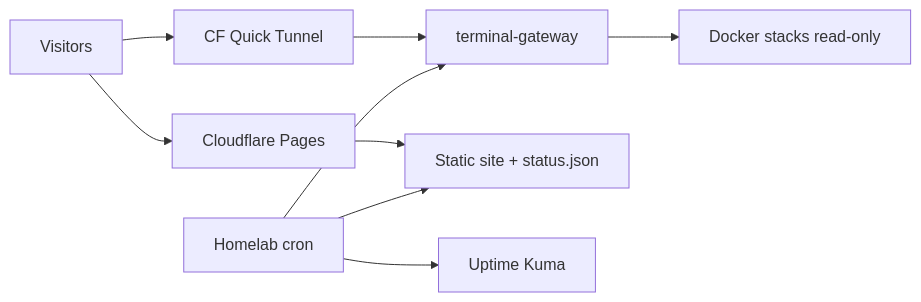
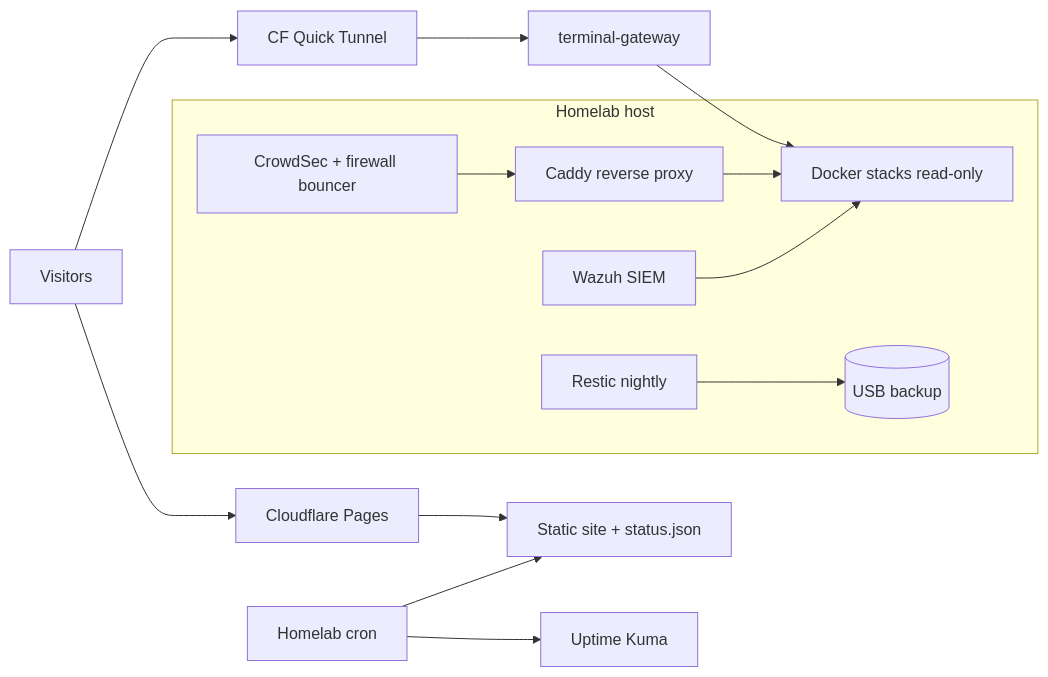
One commit to Chrismmaldonado/homelab-configs changed the diagram in README.md. Above: the diagram before and after it, drawn with Mermaid. The commit also changed other lines of this file and 19 other files, not shown here.

````diff
--- a/README.md
+++ b/README.md
@@ -22,11 +22,16 @@
 ```mermaid
 flowchart LR
   V[Visitors] --> P[Cloudflare Pages]
   V --> T[CF Quick Tunnel]
   T --> G[terminal-gateway]
   P --> S[Static site + status.json]
   H[Homelab cron] --> S
   H --> K[Uptime Kuma]
-  H --> G
   G --> D[Docker stacks read-only]
+  subgraph Homelab host
+    C[Caddy reverse proxy] --> D
+    CS[CrowdSec + firewall bouncer] --> C
+    W[Wazuh SIEM] --> D
+    R[Restic nightly] --> U[(USB backup)]
+  end
 ```
````
